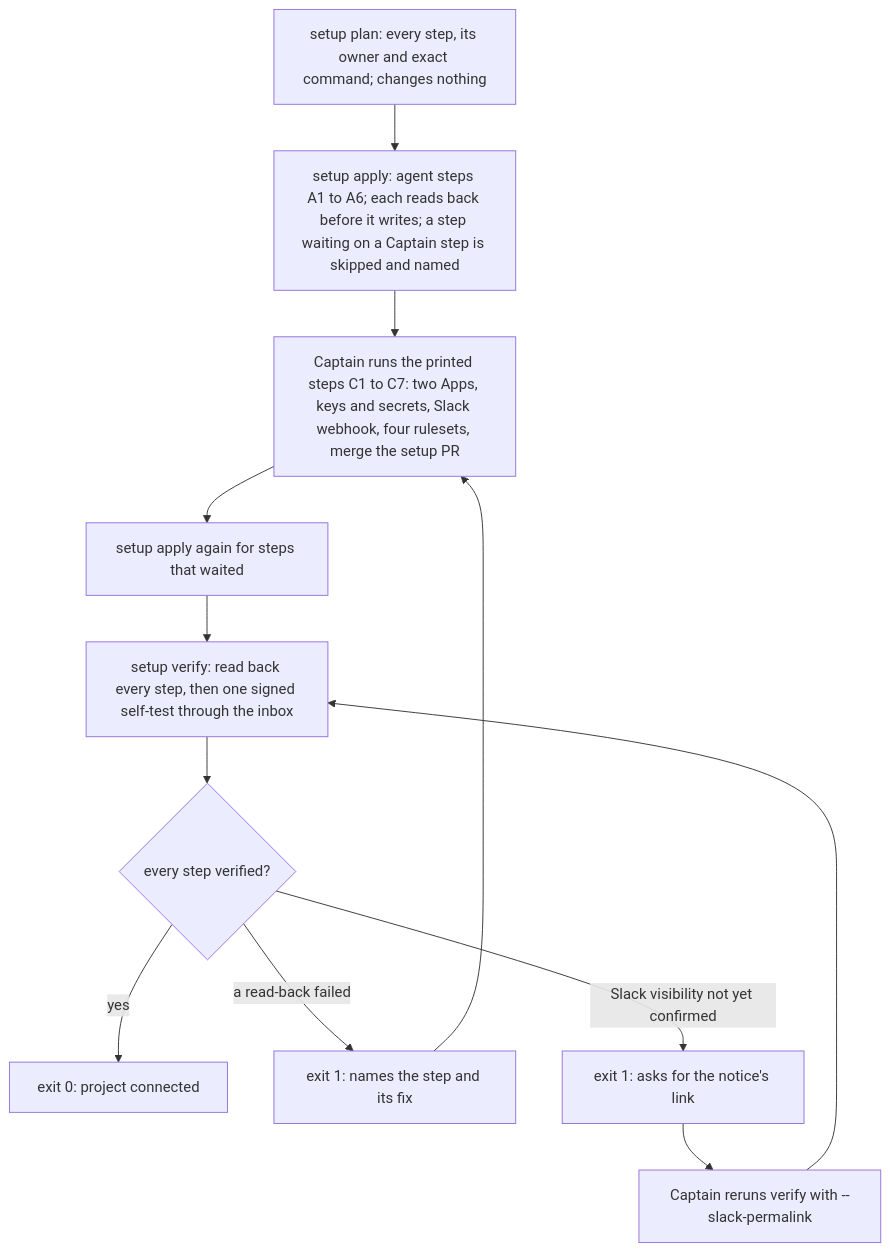
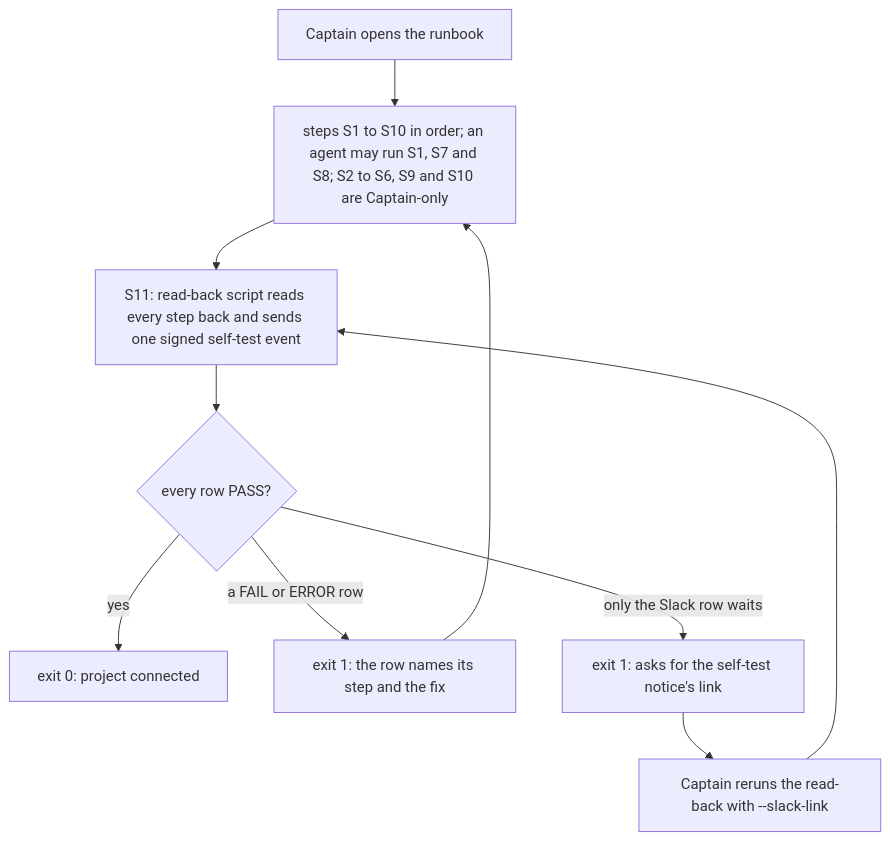
Before and after one commit to iamcxa/kc-claude-plugins: the second of 2 diagrams in ops-inbox-r1-setup-and-isolation.md, drawn with Mermaid. The commit also changed other lines of this file and 14 other files, not shown here.

Commit message:
state: ops-inbox-r1-setup-and-isolation ideation cycle 2 design and previews (WIP before design review)

````diff
--- a/ops-inbox-r1-setup-and-isolation.md
+++ b/ops-inbox-r1-setup-and-isolation.md
@@ -172,11 +232,9 @@
 ```mermaid
 flowchart TD
-    A[setup plan: every step, its owner and exact command; changes nothing] --> B[setup apply: agent steps A1 to A6; each reads back before it writes; a step waiting on a Captain step is skipped and named]
-    B --> C[Captain runs the printed steps C1 to C7: two Apps, keys and secrets, Slack webhook, four rulesets, merge the setup PR]
-    C --> B2[setup apply again for steps that waited]
-    B2 --> E[setup verify: read back every step, then one signed self-test through the inbox]
-    E --> F{every step verified?}
+    A[Captain opens the runbook] --> B[steps S1 to S10 in order; an agent may run S1, S7 and S8; S2 to S6, S9 and S10 are Captain-only]
+    B --> E[S11: read-back script reads every step back and sends one signed self-test event]
+    E --> F{every row PASS?}
     F -- yes --> G[exit 0: project connected]
-    F -- a read-back failed --> H[exit 1: names the step and its fix] --> C
-    F -- Slack visibility not yet confirmed --> J[exit 1: asks for the notice's link] --> K[Captain reruns verify with --slack-permalink] --> E
+    F -- a FAIL or ERROR row --> H[exit 1: the row names its step and the fix] --> B
+    F -- only the Slack row waits --> J[exit 1: asks for the self-test notice's link] --> K[Captain reruns the read-back with --slack-link] --> E
 ```
````
